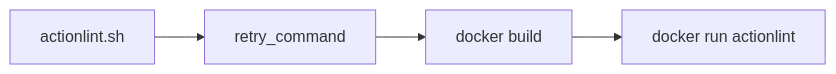
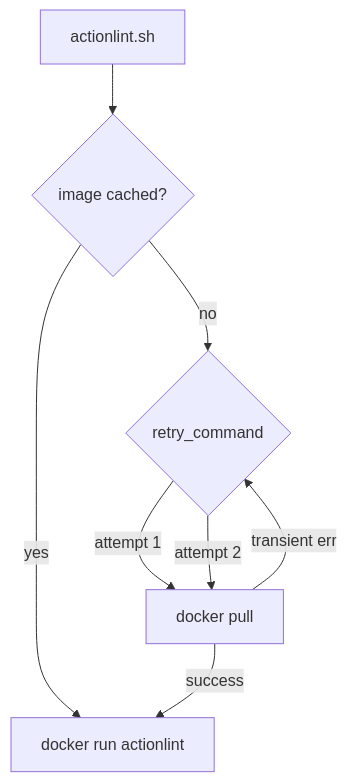
The eighth of 9 diagrams in docs/dev/implementation/22-bash-retry-primitive/plan.md (VitaliiAndreev/Common-Automation), drawn with Mermaid before and after one commit. The commit also changed other lines of this file, not shown here.

````diff
--- a/docs/dev/implementation/22-bash-retry-primitive/plan.md
+++ b/docs/dev/implementation/22-bash-retry-primitive/plan.md
@@ -441,6 +463,10 @@
 ```mermaid
-flowchart LR
-    A[actionlint.sh] --> R[retry_command]
-    R --> B[docker build]
-    B --> Z[docker run actionlint]
+flowchart TD
+    A[actionlint.sh] --> I{image cached?}
+    I -- yes --> Z[docker run actionlint]
+    I -- no --> R{retry_command}
+    R -- attempt 1 --> P[docker pull]
+    P -- transient err --> R
+    R -- attempt 2 --> P
+    P -- success --> Z
 ```
````
